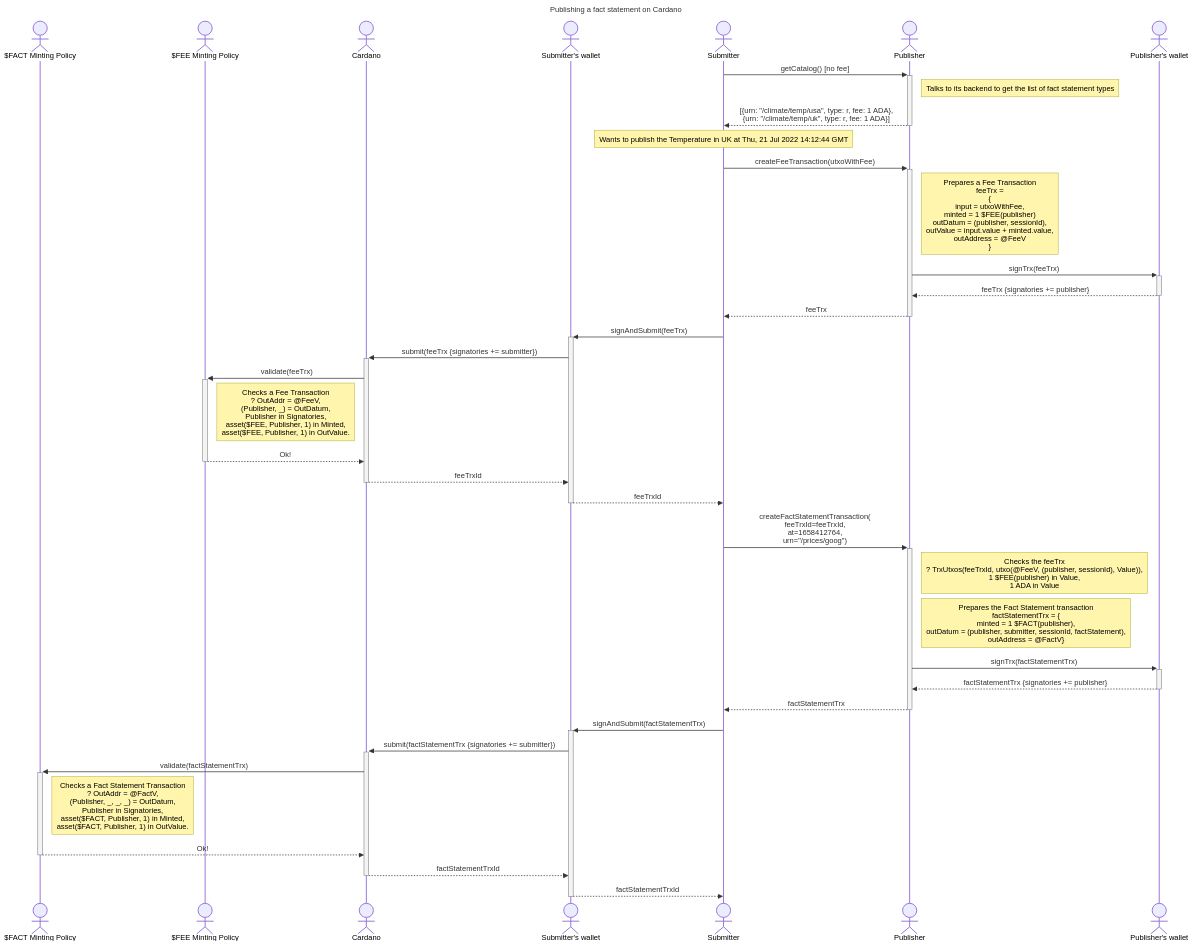
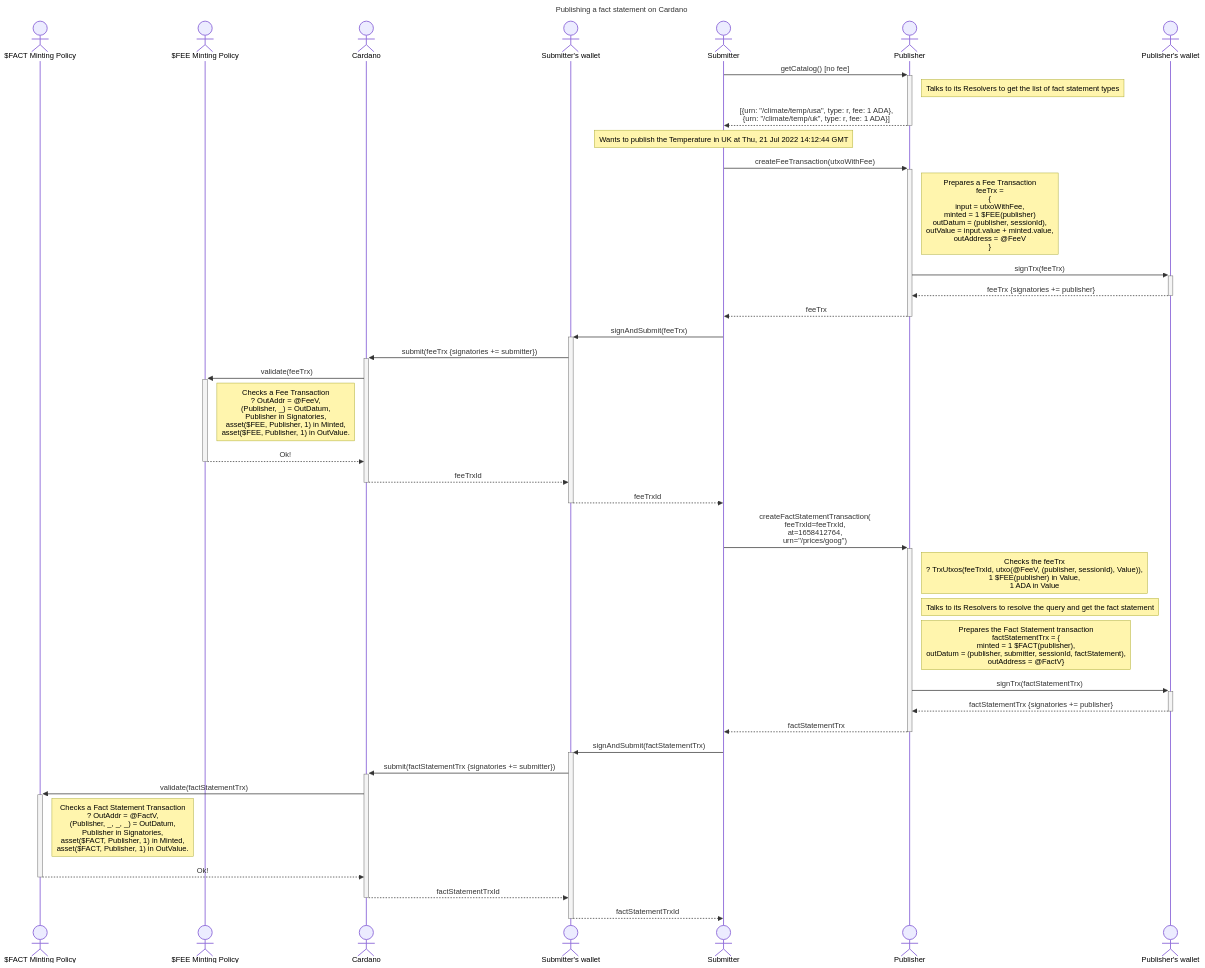
Before and after one commit to mlabs-haskell/cardano-open-oracle-protocol: the diagram in docs/interactions/00-publish-a-fact-statement.md, drawn with Mermaid.

Commit message:
Added notes about Resolvers

````diff
--- a/docs/interactions/00-publish-a-fact-statement.md
+++ b/docs/interactions/00-publish-a-fact-statement.md
@@ -21,43 +21,44 @@
 ```mermaid
 sequenceDiagram
   title Publishing a fact statement on Cardano
   actor factMp as $FACT Minting Policy
   actor feeMp as $FEE Minting Policy
   actor cardano as Cardano
   actor submitterWallet as Submitter's wallet
   actor submitter as Submitter
   actor publisher as Publisher
   actor publisherWallet as Publisher's wallet
 
   submitter ->>+ publisher: getCatalog() [no fee]
-  note right of publisher: Talks to its backend to get the list of fact statement types
+  note right of publisher: Talks to its Resolvers to get the list of fact statement types
   publisher -->>- submitter: [{urn: "/climate/temp/usa", type: r, fee: 1 ADA},<br />{urn: "/climate/temp/uk", type: r, fee: 1 ADA}]
   note over submitter: Wants to publish the Temperature in UK at Thu, 21 Jul 2022 14:12:44 GMT
 
   submitter ->>+ publisher: createFeeTransaction(utxoWithFee)
   note right of publisher: Prepares a Fee Transaction<br/>feeTrx = <br/>{<br/>input = utxoWithFee,<br/>minted = 1 $FEE(publisher)<br/>outDatum = (publisher, sessionId),<br/>outValue = input.value + minted.value,<br/>outAddress = @FeeV<br/>}
     publisher ->>+ publisherWallet: signTrx(feeTrx)
     publisherWallet -->>- publisher: feeTrx {signatories += publisher}
   publisher -->>- submitter: feeTrx
   submitter ->>+ submitterWallet: signAndSubmit(feeTrx)
     submitterWallet ->>+ cardano: submit(feeTrx {signatories += submitter})
       cardano ->>+ feeMp: validate(feeTrx)
       note right of feeMp: Checks a Fee Transaction<br/>? OutAddr = @FeeV,<br/>(Publisher, _) = OutDatum,<br/>Publisher in Signatories,<br/>asset($FEE, Publisher, 1) in Minted,<br/>asset($FEE, Publisher, 1) in OutValue.
       feeMp -->>- cardano: Ok!
     cardano -->>- submitterWallet: feeTrxId
   submitterWallet -->>- submitter: feeTrxId
   
   submitter ->>+ publisher: createFactStatementTransaction(<br />feeTrxId=feeTrxId,<br />at=1658412764,<br />urn="/prices/goog")
   note right of publisher: Checks the feeTrx<br/>? TrxUtxos(feeTrxId, utxo(@FeeV, (publisher, sessionId), Value)),<br/>1 $FEE(publisher) in Value,<br/>1 ADA in Value
+  note right of publisher: Talks to its Resolvers to resolve the query and get the fact statement
   note right of publisher: Prepares the Fact Statement transaction<br/>factStatementTrx = {<br/>minted = 1 $FACT(publisher), <br/>outDatum = (publisher, submitter, sessionId, factStatement),<br/>outAddress = @FactV}
     publisher ->>+ publisherWallet: signTrx(factStatementTrx)
     publisherWallet -->>- publisher: factStatementTrx {signatories += publisher}
   publisher -->>- submitter: factStatementTrx
   submitter ->>+ submitterWallet: signAndSubmit(factStatementTrx)
       submitterWallet ->>+ cardano: submit(factStatementTrx {signatories += submitter})
       cardano ->>+ factMp: validate(factStatementTrx)
       note right of factMp: Checks a Fact Statement Transaction<br/>? OutAddr = @FactV,<br/>(Publisher, _, _, _) = OutDatum,<br/>Publisher in Signatories,<br/>asset($FACT, Publisher, 1) in Minted,<br/>asset($FACT, Publisher, 1) in OutValue.
       factMp -->>- cardano: Ok!
     cardano -->>- submitterWallet: factStatementTrxId
   submitterWallet -->>- submitter: factStatementTrxId
 ```
````
